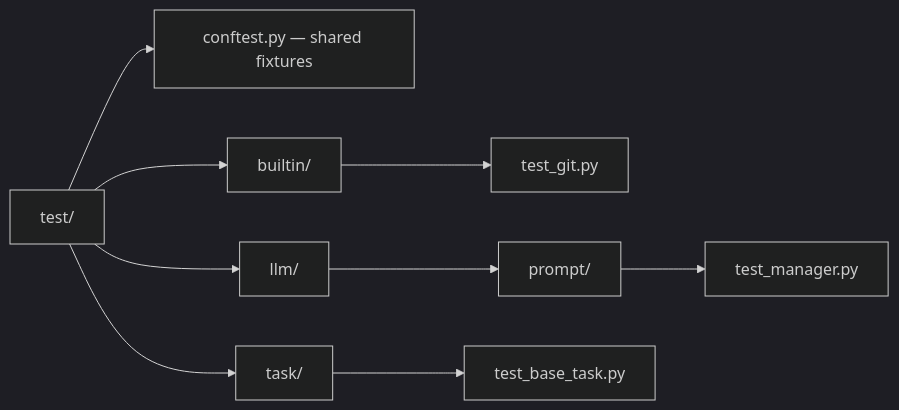
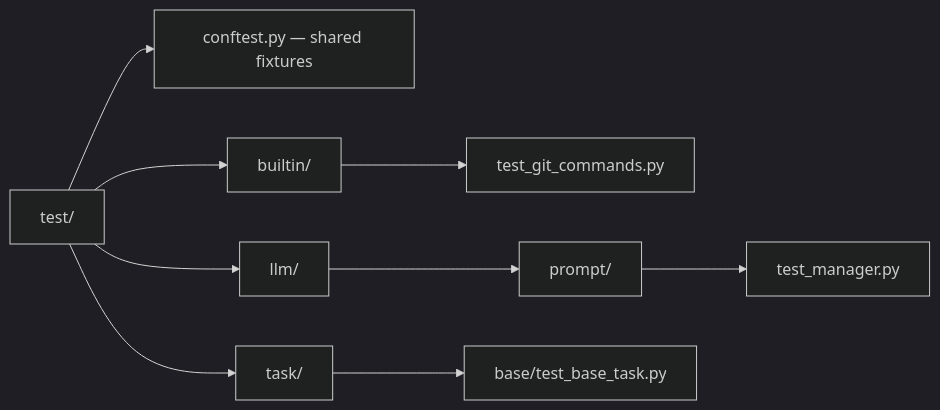
Before and after one commit to state-alchemists/zrb: the diagram in docs/advanced-topics/testing-tasks.md, drawn with Mermaid (dark theme). The commit also changed other lines of this file and 97 other files, not shown here.

````diff
--- a/docs/advanced-topics/testing-tasks.md
+++ b/docs/advanced-topics/testing-tasks.md
@@ -24,11 +24,11 @@
 ```mermaid
 flowchart LR
     T["test/"] --> Conf["conftest.py — shared fixtures"]
     T --> B["builtin/"]
     T --> L["llm/"]
     T --> K["task/"]
-    B --> BG["test_git.py"]
+    B --> BG["test_git_commands.py"]
     L --> LP["prompt/"]
     LP --> LPM["test_manager.py"]
-    K --> KB["test_base_task.py"]
+    K --> KB["base/test_base_task.py"]
 ```
````
